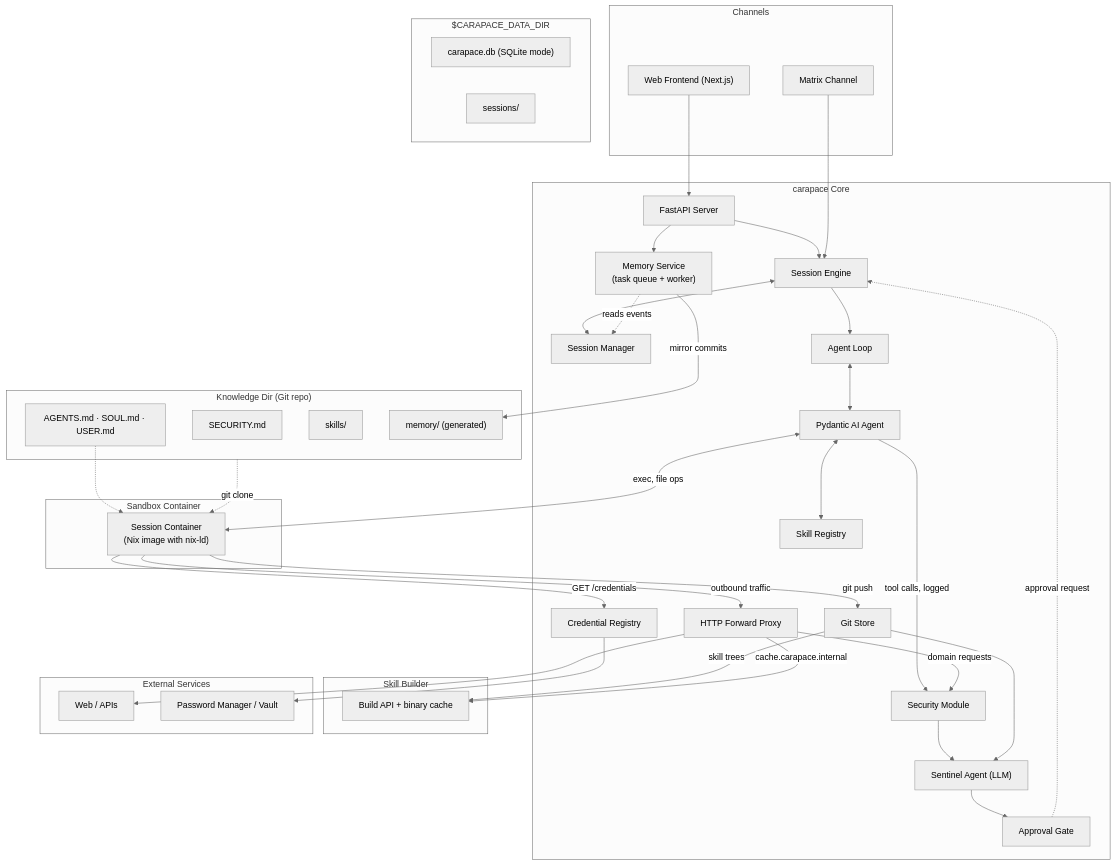
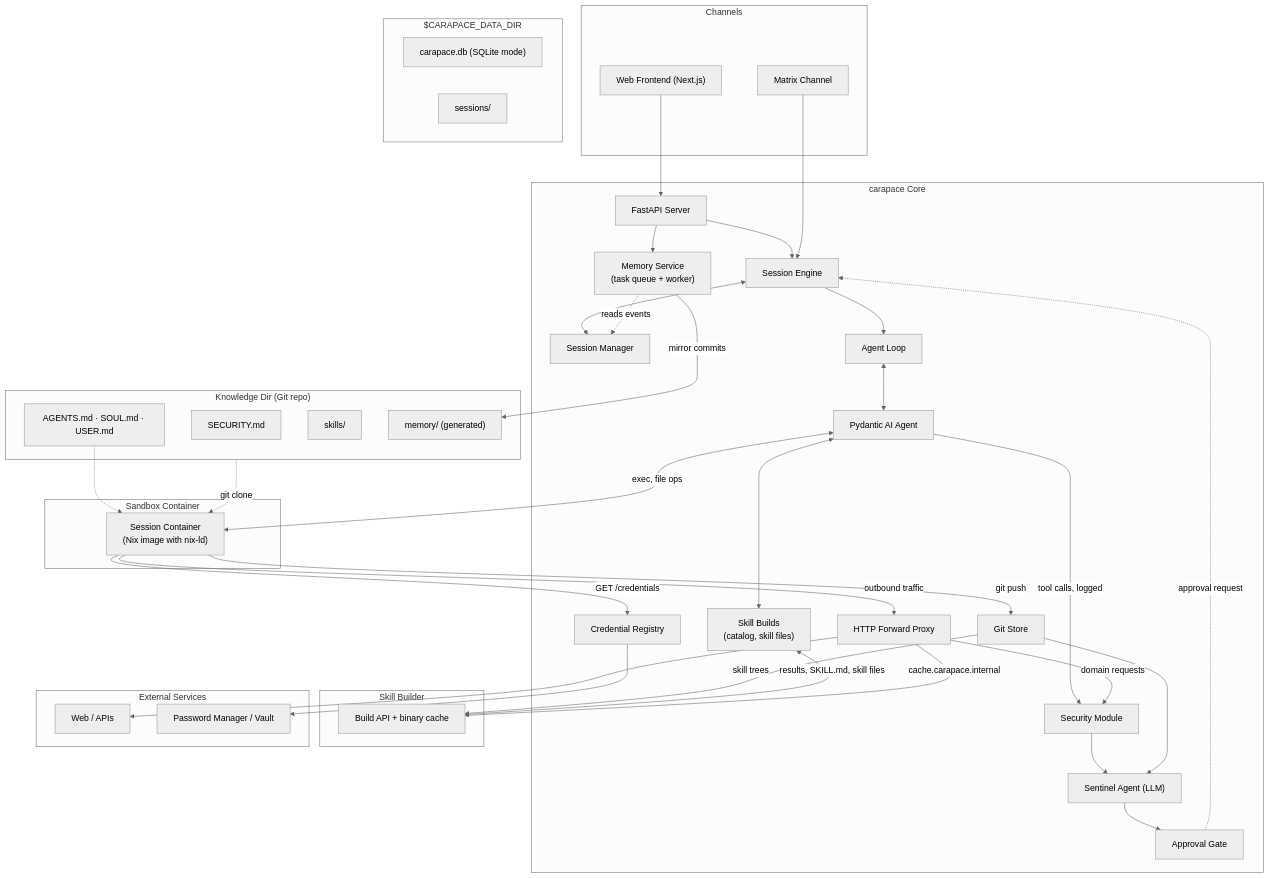
The first of 3 diagrams in docs/architecture.md (thiesgerken/carapace), drawn with Mermaid (neutral theme) before and after one commit. The commit also changed 19 other files, not shown here.

````diff
--- a/docs/architecture.md
+++ b/docs/architecture.md
@@ -7,78 +7,79 @@
 ```mermaid
 flowchart TB
     subgraph channels [Channels]
         WebUI["Web Frontend (Next.js)"]
         MatrixCh[Matrix Channel]
     end
 
     subgraph carapace [carapace Core]
         Server[FastAPI Server]
         SessionEngine[Session Engine]
         SessionMgr[Session Manager]
         SecurityMod["Security Module"]
         Sentinel["Sentinel Agent (LLM)"]
         ApprovalGate[Approval Gate]
         AgentLoop[Agent Loop]
         Agent["Pydantic AI Agent"]
-        SkillRegistry[Skill Registry]
+        SkillBuilds["Skill Builds<br/>(catalog, skill files)"]
         GitStore[Git Store]
         CredentialRegistry[Credential Registry]
         Proxy[HTTP Forward Proxy]
         MemorySvc["Memory Service<br/>(task queue + worker)"]
     end
 
     subgraph sandbox [Sandbox Container]
         Container["Session Container<br/>(Nix image with nix-ld)"]
     end
 
     subgraph builderbox [Skill Builder]
         Builder["Build API + binary cache"]
     end
 
     subgraph external [External Services]
         Web[Web / APIs]
         Vault[Password Manager / Vault]
     end
 
     subgraph datadir ["$CARAPACE_DATA_DIR"]
         DBFile["carapace.db (SQLite mode)"]
         Sessions[sessions/]
     end
 
     subgraph knowledgedir ["Knowledge Dir (Git repo)"]
         SecurityPolicy[SECURITY.md]
         WorkspaceFiles["AGENTS.md · SOUL.md · USER.md"]
         Skills[skills/]
         MemoryMirror["memory/ (generated)"]
     end
 
     WebUI --> Server
     Server --> SessionEngine
     MatrixCh --> SessionEngine
     SessionEngine <--> SessionMgr
     SessionEngine --> AgentLoop
     AgentLoop <--> Agent
-    Agent <--> SkillRegistry
+    Agent <--> SkillBuilds
     Agent -->|tool calls, logged| SecurityMod
     Proxy -->|domain requests| SecurityMod
     SecurityMod --> Sentinel
     Sentinel --> ApprovalGate
     ApprovalGate -.->|approval request| SessionEngine
 
     Agent <-->|exec, file ops| Container
     Container -->|outbound traffic| Proxy
     Proxy --> Web
     Container -->|git push| GitStore
     Container -->|GET /credentials| CredentialRegistry
     CredentialRegistry --> Vault
     GitStore --> Sentinel
     GitStore -->|skill trees| Builder
+    SkillBuilds <-->|results, SKILL.md, skill files| Builder
     Proxy -->|cache.carapace.internal| Builder
 
     Server --> MemorySvc
     MemorySvc -.->|reads events| SessionMgr
     MemorySvc -->|mirror commits| MemoryMirror
 
     knowledgedir -.->|git clone| Container
     WorkspaceFiles -.-> Container
 ```
````
